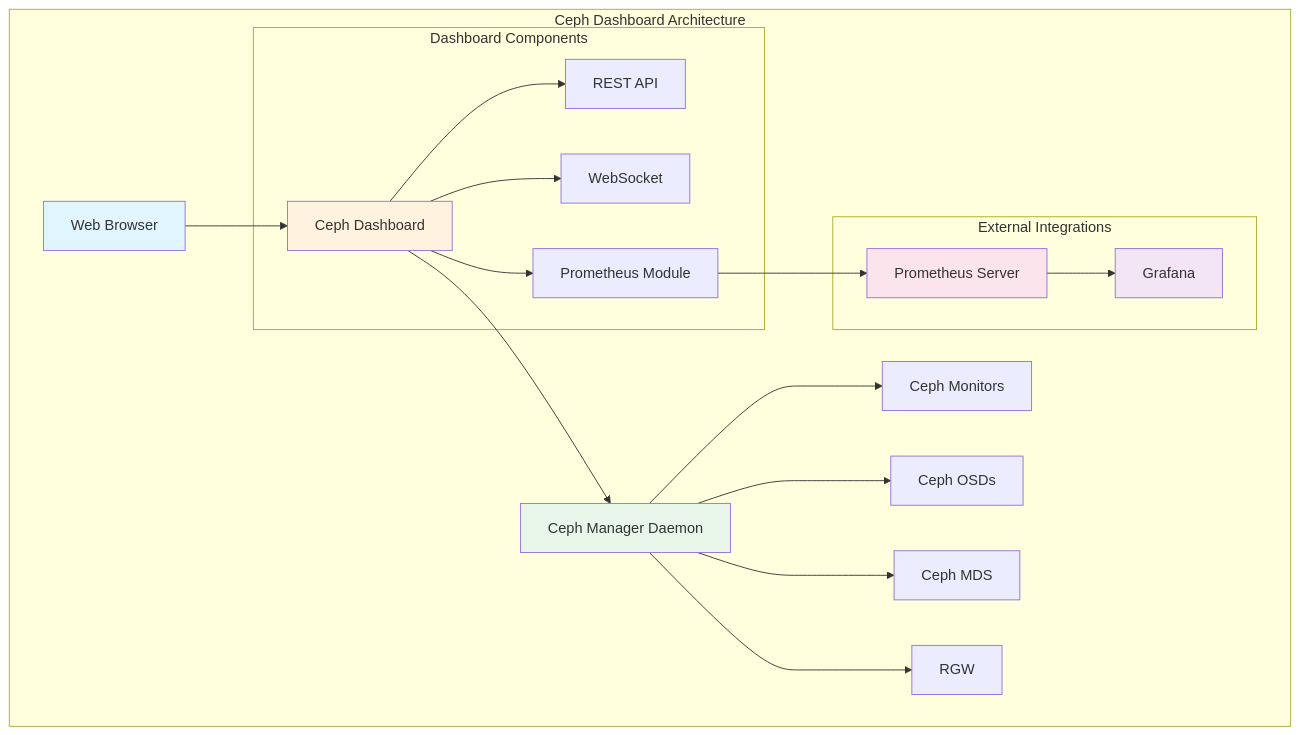
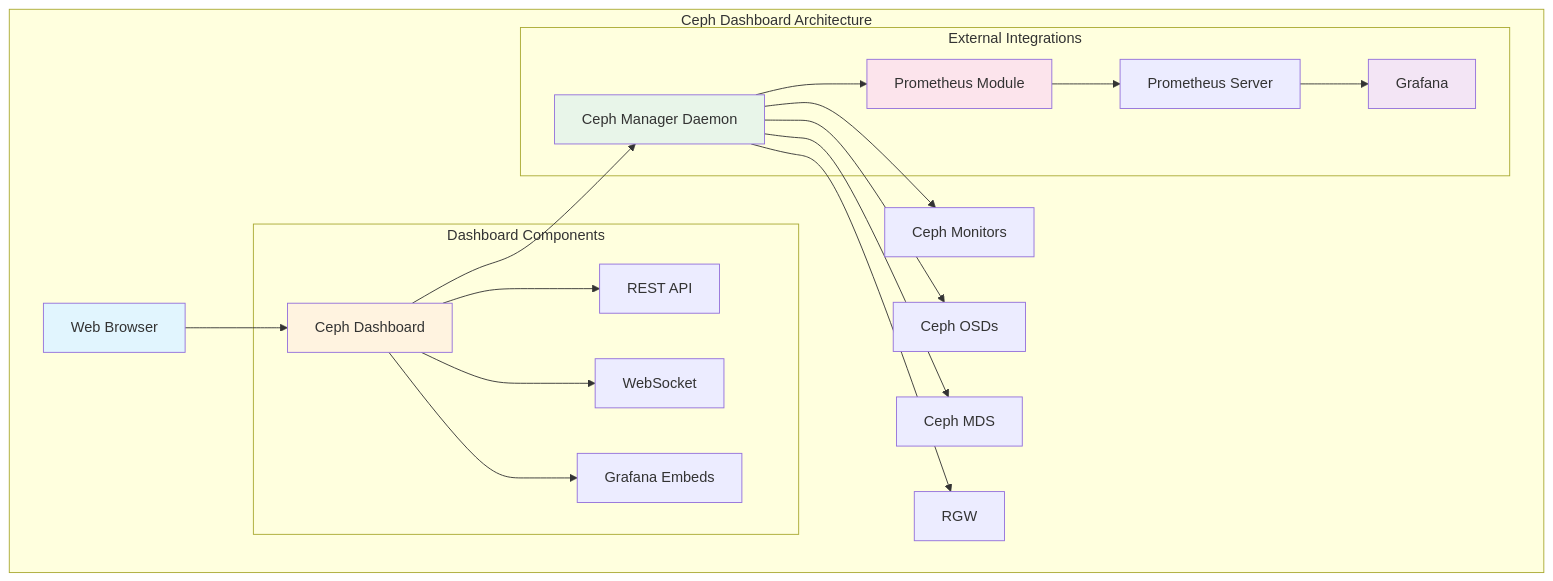
The first of 6 diagrams in posts/2026-01-07-ceph-dashboard-cluster-management/README.md (OneUptime/blog), drawn with Mermaid before and after one commit. The commit also changed other lines of this file and 2 other files, not shown here.

````diff
--- a/posts/2026-01-07-ceph-dashboard-cluster-management/README.md
+++ b/posts/2026-01-07-ceph-dashboard-cluster-management/README.md
@@ -17,28 +17,29 @@
 ```mermaid
 graph TB
     subgraph "Ceph Dashboard Architecture"
         A[Web Browser] --> B[Ceph Dashboard]
         B --> C[Ceph Manager Daemon]
         C --> D[Ceph Monitors]
         C --> E[Ceph OSDs]
         C --> F[Ceph MDS]
         C --> G[RGW]
 
         subgraph "Dashboard Components"
             B --> H[REST API]
             B --> I[WebSocket]
-            B --> J[Prometheus Module]
+            B --> J[Grafana Embeds]
         end
 
         subgraph "External Integrations"
-            J --> K[Prometheus Server]
-            K --> L[Grafana]
+            C --> K[Prometheus Module]
+            K --> M[Prometheus Server]
+            M --> L[Grafana]
         end
     end
 
     style A fill:#e1f5fe
     style B fill:#fff3e0
     style C fill:#e8f5e9
     style K fill:#fce4ec
     style L fill:#f3e5f5
 ```
````
